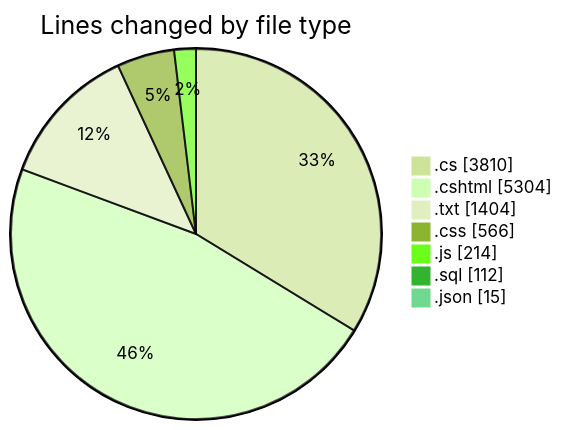
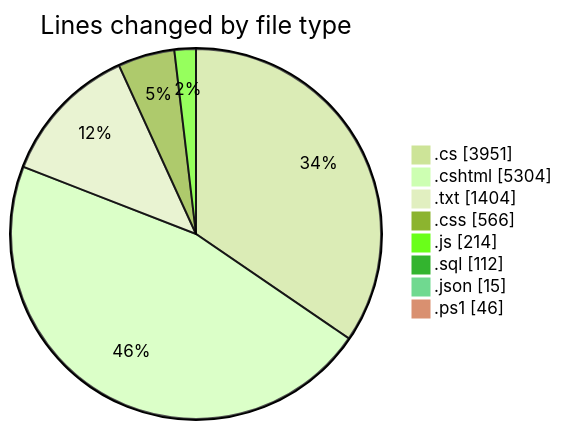
Before and after one commit to lephambinh05/code-tracking: the first of 2 diagrams in 2025-07-28/quanlyrapchieuphim-1/README.md, drawn with Mermaid (forest theme). The commit also changed other lines of this file and 1 other file, not shown here.

````diff
--- a/2025-07-28/quanlyrapchieuphim-1/README.md
+++ b/2025-07-28/quanlyrapchieuphim-1/README.md
@@ -49,11 +53,12 @@
 ```mermaid
 pie showData
 title Lines changed by file type
-".cs" : 3810
+".cs" : 3951
 ".cshtml" : 5304
 ".txt" : 1404
 ".css" : 566
 ".js" : 214
 ".sql" : 112
 ".json" : 15
+".ps1" : 46
 ```
````
